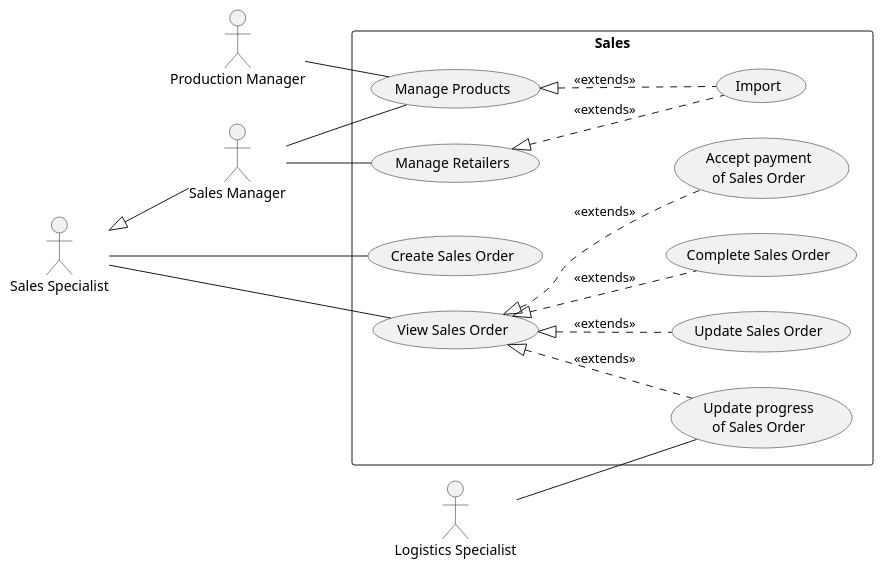
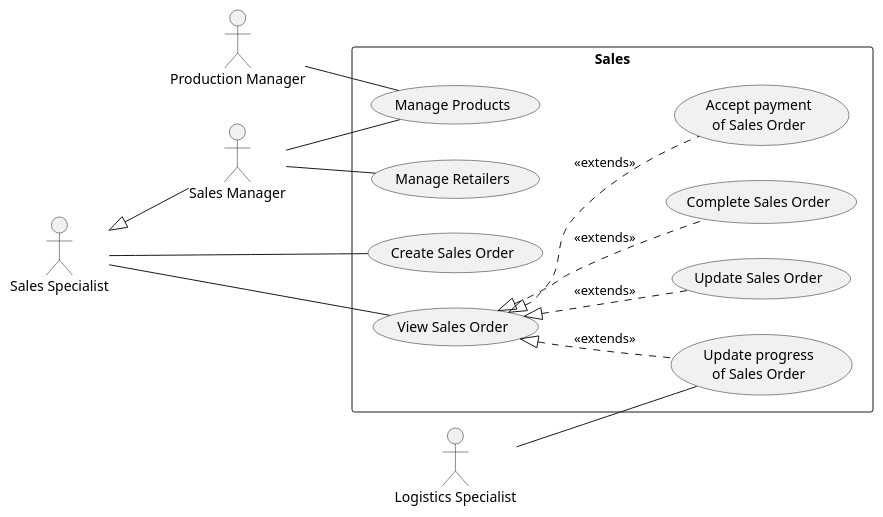
Before and after one commit to phihungha/scmss-reqs: the diagram in use-cases/sales.plantuml, drawn with PlantUML. The commit also changed 7 other files, not shown here.

```diff
--- a/use-cases/sales.plantuml
+++ b/use-cases/sales.plantuml
@@ -1,28 +1,26 @@
 @startuml sales
 left to right direction
 
 
 :Production Manager: as pm
 
 :Sales Specialist: as s
 :Sales Manager: as sm
 s <|-- sm
 
 :Logistics Specialist: as ls
 
 rectangle Sales {
     s -- (Create Sales Order)
     s -- (View Sales Order)
     (View Sales Order) <|.. (Update Sales Order) : <<extends>>
     (View Sales Order) <|.. (Update progress\nof Sales Order) : <<extends>>
     ls -- (Update progress\nof Sales Order)
     (View Sales Order) <|.. (Complete Sales Order) : <<extends>>
     (View Sales Order) <|.. (Accept payment\nof Sales Order) : <<extends>>
 
     pm -- (Manage Products)
     sm -- (Manage Products)
-    (Manage Products) <|.. (Import) : <<extends>>
     sm -- (Manage Retailers)
-    (Manage Retailers) <|.. (Import) : <<extends>>
 }
 @enduml
```
